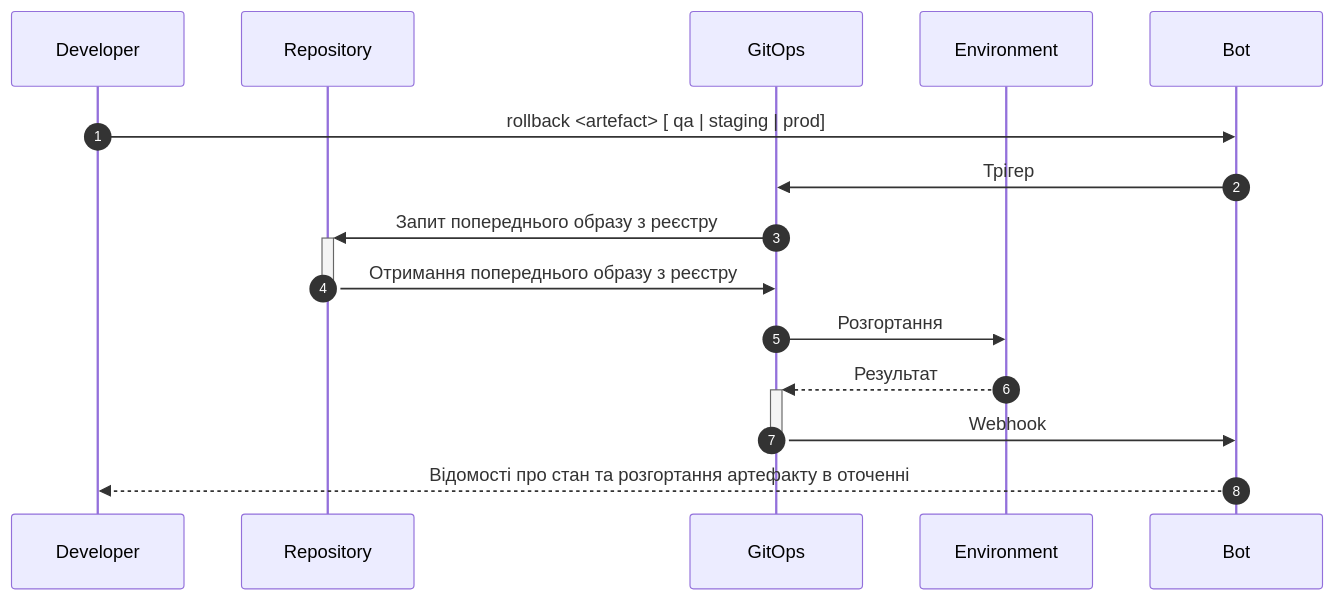
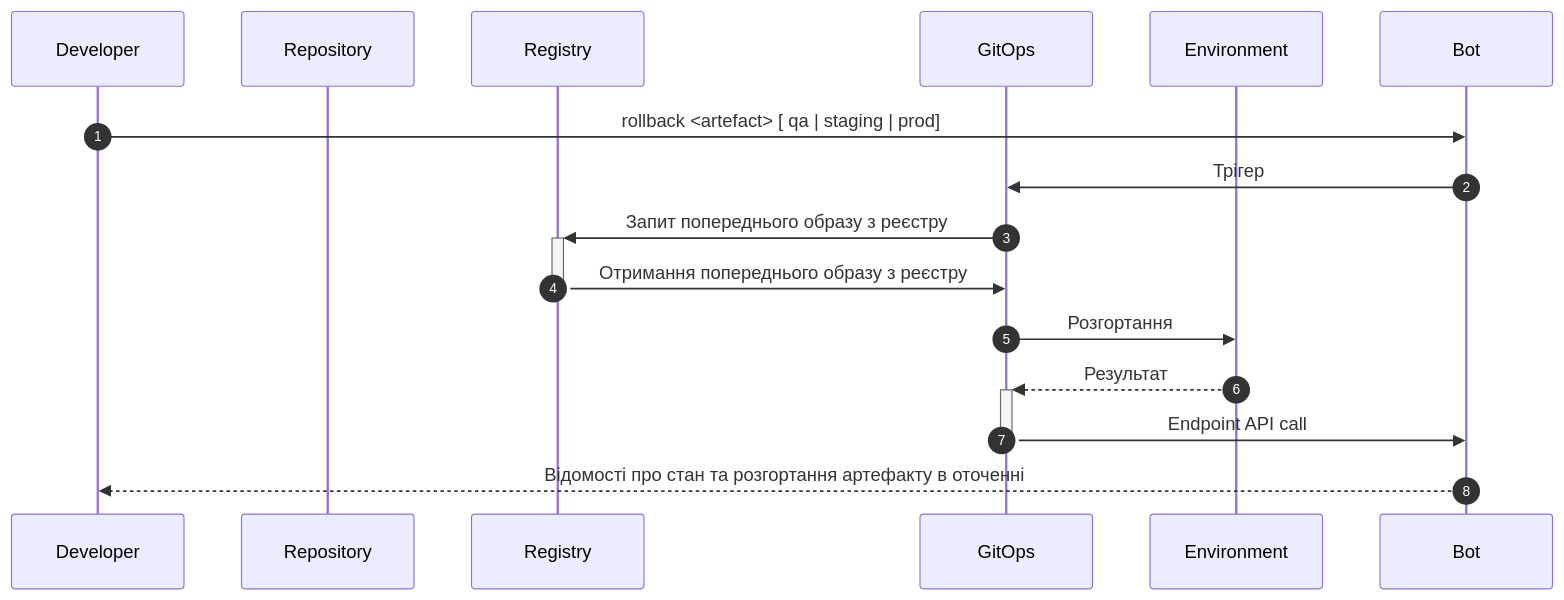
Before and after one commit to k3ilona/publisher-slack-bot: the fourth of 6 diagrams in docs/HLD.md, drawn with Mermaid. The commit also changed other lines of this file, not shown here.

Commit message:
Додано в схеми реєстр артефактів; Змінено порядок команд

````diff
--- a/docs/HLD.md
+++ b/docs/HLD.md
@@ -175,18 +156,19 @@
 ```mermaid
 sequenceDiagram
 autonumber
     participant D as Developer
     participant R as Repository
+    participant RA as Registry
     participant G as GitOps
     participant E as Environment
     participant B as Bot
 
     D ->> B: rollback <artefact> [ qa | staging | prod]
     B ->> G: Трігер
-    G ->>+ R: Запит попереднього образу з реєстру
-    R ->>- G: Отримання попереднього образу з реєстру
+    G ->>+ RA: Запит попереднього образу з реєстру
+    RA ->>- G: Отримання попереднього образу з реєстру
     G ->> E: Розгортання
     E -->>+ G: Результат
-    G ->>- B: Webhook
+    G ->>- B: Endpoint API call
     B -->> D: Відомості про стан та розгортання артефакту в оточенні        
 ```
````
